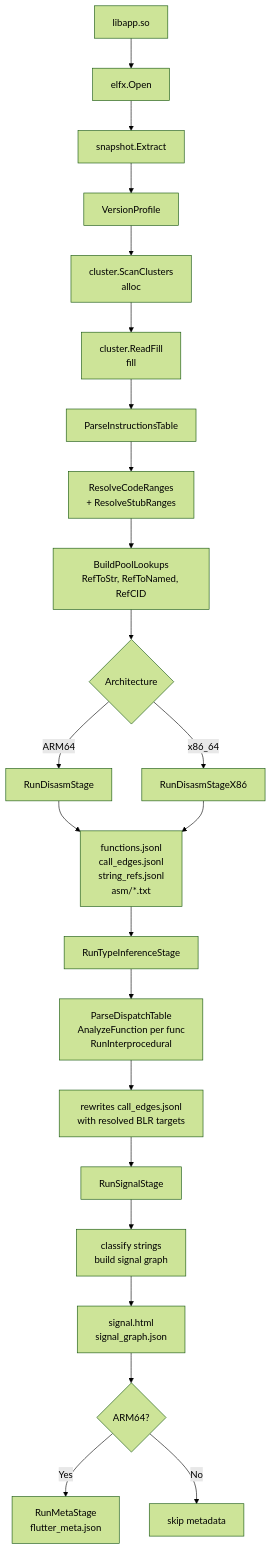
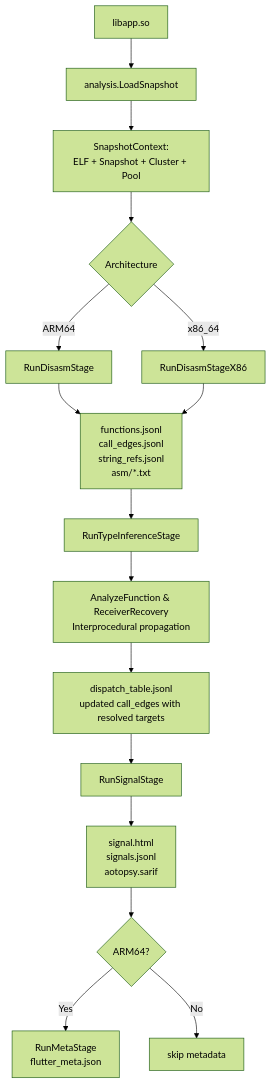
One commit to BroNils/aotopsy changed the second of 2 diagrams in ARCHITECTURE.md. Above: the diagram before and after it, drawn with Mermaid (forest theme). The commit also changed other lines of this file and 397 other files, not shown here.

First line of the commit message:
v1.2.0: Architecture refactor, SSA fixpoint, FPU/SIMD, evidence engine & QA hardening (#10)

````diff
--- a/ARCHITECTURE.md
+++ b/ARCHITECTURE.md
@@ -236,25 +167,18 @@
 ```mermaid
 flowchart TD
-    A[libapp.so] --> B[elfx.Open]
-    B --> C[snapshot.Extract]
-    C --> D[VersionProfile]
-    D --> E[cluster.ScanClusters<br/>alloc]
-    E --> F[cluster.ReadFill<br/>fill]
-    F --> G[ParseInstructionsTable]
-    G --> H[ResolveCodeRanges<br/>+ ResolveStubRanges]
-    H --> I[BuildPoolLookups<br/>RefToStr, RefToNamed, RefCID]
-    I --> J{Architecture}
-    J -->|ARM64| K[RunDisasmStage]
-    J -->|x86_64| L[RunDisasmStageX86]
-    K --> M[functions.jsonl<br/>call_edges.jsonl<br/>string_refs.jsonl<br/>asm/*.txt]
-    L --> M
-    M --> N[RunTypeInferenceStage]
-    N --> O[ParseDispatchTable<br/>AnalyzeFunction per func<br/>RunInterprocedural]
-    O --> P["rewrites call_edges.jsonl<br/>with resolved BLR targets"]
-    P --> Q[RunSignalStage]
-    Q --> R[classify strings<br/>build signal graph]
-    R --> S[signal.html<br/>signal_graph.json]
-    S --> T{ARM64?}
-    T -->|Yes| U[RunMetaStage<br/>flutter_meta.json]
-    T -->|No| V[skip metadata]
+    A[libapp.so] --> B[analysis.LoadSnapshot]
+    B --> C[SnapshotContext:<br/>ELF + Snapshot + Cluster + Pool]
+    C --> D{Architecture}
+    D -->|ARM64| E[RunDisasmStage]
+    D -->|x86_64| F[RunDisasmStageX86]
+    E --> G[functions.jsonl<br/>call_edges.jsonl<br/>string_refs.jsonl<br/>asm/*.txt]
+    F --> G
+    G --> H[RunTypeInferenceStage]
+    H --> I[AnalyzeFunction & ReceiverRecovery<br/>Interprocedural propagation]
+    I --> J["dispatch_table.jsonl<br/>updated call_edges with resolved targets"]
+    J --> K[RunSignalStage]
+    K --> L[signal.html<br/>signals.jsonl<br/>aotopsy.sarif]
+    L --> M{ARM64?}
+    M -->|Yes| N[RunMetaStage<br/>flutter_meta.json]
+    M -->|No| O[skip metadata]
 ```
````
